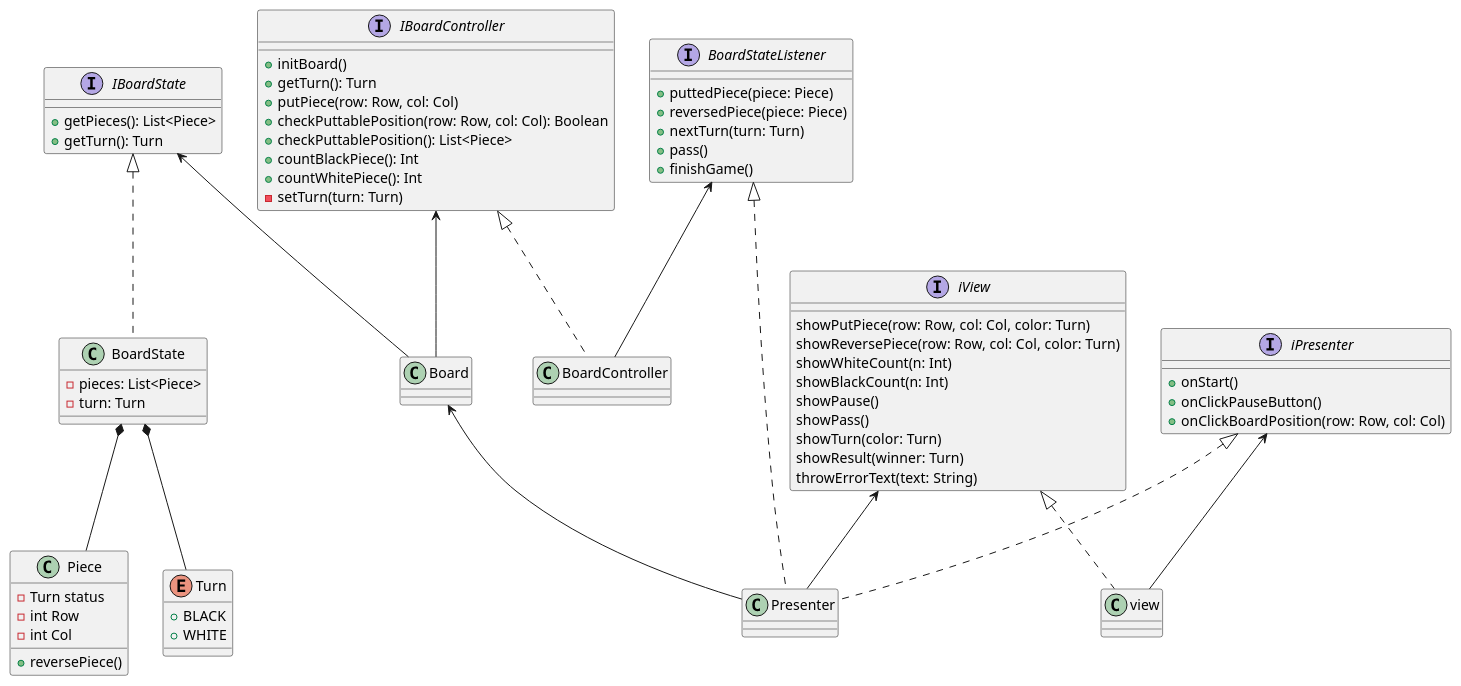
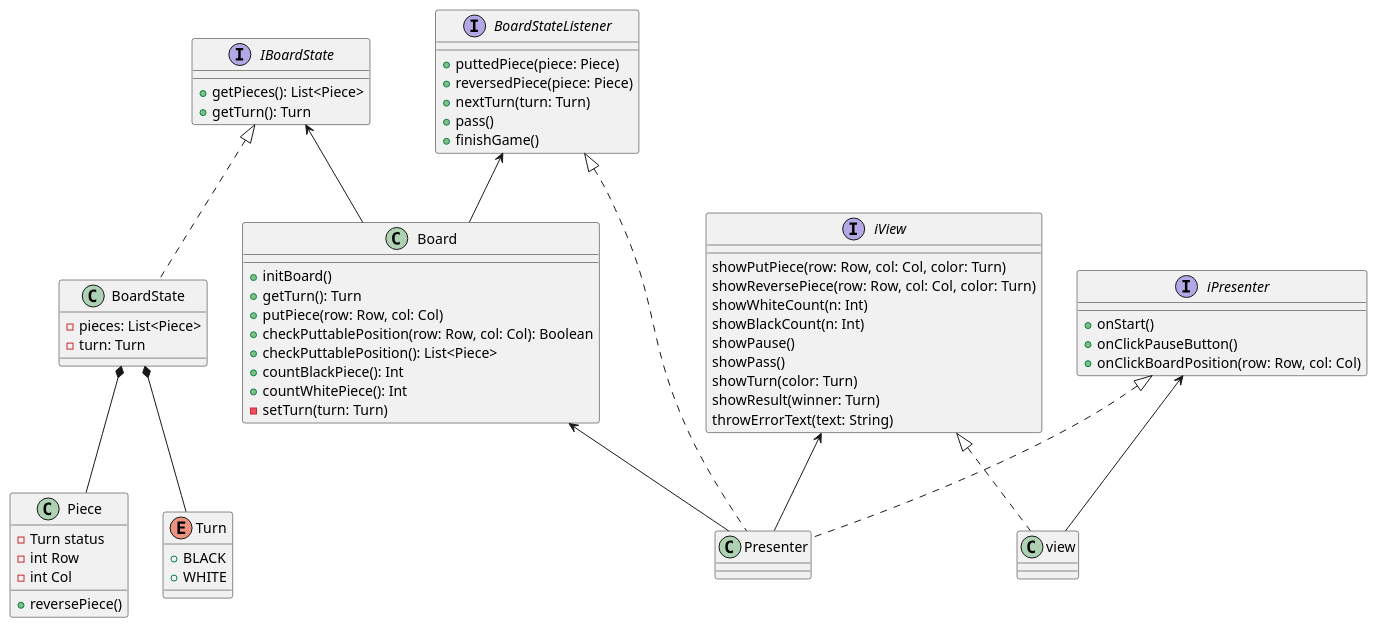
Before and after one commit to Issei0804-ie/Uhyo: the diagram in uml/class/game.puml, drawn with PlantUML.

Commit message:
BoardControllerをBoardに内包する

```diff
--- a/uml/class/game.puml
+++ b/uml/class/game.puml
@@ -1,83 +1,77 @@
 @startuml
-IBoardController <-- Board
+IBoardState <|.. BoardState
 IBoardState <-- Board
-IBoardController <|.. BoardController
 BoardState *-- Piece
 BoardState *-- Turn
 BoardStateListener <|.. Presenter
+BoardStateListener <-- Board
 Board <-- Presenter
 iPresenter <|.. Presenter
+iPresenter <-- view
 iView <-- Presenter
 iView <|.. view
-iPresenter <-- view
-BoardStateListener <-- BoardController
-IBoardState <|.. BoardState
 
-class Board {}
-
-class BoardController {}
-
-interface IBoardController {
+class Board {
     + initBoard()
     + getTurn(): Turn
     + putPiece(row: Row, col: Col)
     + checkPuttablePosition(row: Row, col: Col): Boolean
     + checkPuttablePosition(): List<Piece>
     + countBlackPiece(): Int
     + countWhitePiece(): Int
     - setTurn(turn: Turn)
 }
 
 class BoardState {
     - pieces: List<Piece>
     - turn: Turn
 }
 
 interface IBoardState {
     + getPieces(): List<Piece>
     + getTurn(): Turn
 }
 
 enum Turn {
     + BLACK
     + WHITE
 }
 
 interface BoardStateListener {
     + puttedPiece(piece: Piece)
     + reversedPiece(piece: Piece)
     + nextTurn(turn: Turn)
     + pass()
     + finishGame()
 }
 
 class Piece {
     - Turn status
     - int Row
     - int Col
     + reversePiece()
 }
 
 interface iPresenter {
     + onStart()
     + onClickPauseButton()
     + onClickBoardPosition(row: Row, col: Col)
 }
 
 class view {}
 
 interface iView {
     showPutPiece(row: Row, col: Col, color: Turn)
     showReversePiece(row: Row, col: Col, color: Turn)
     showWhiteCount(n: Int)
     showBlackCount(n: Int)
     showPause()
     showPass()
     showTurn(color: Turn)
     showResult(winner: Turn)
     throwErrorText(text: String)
 }
 class Presenter {
 
 }
 @enduml
```
